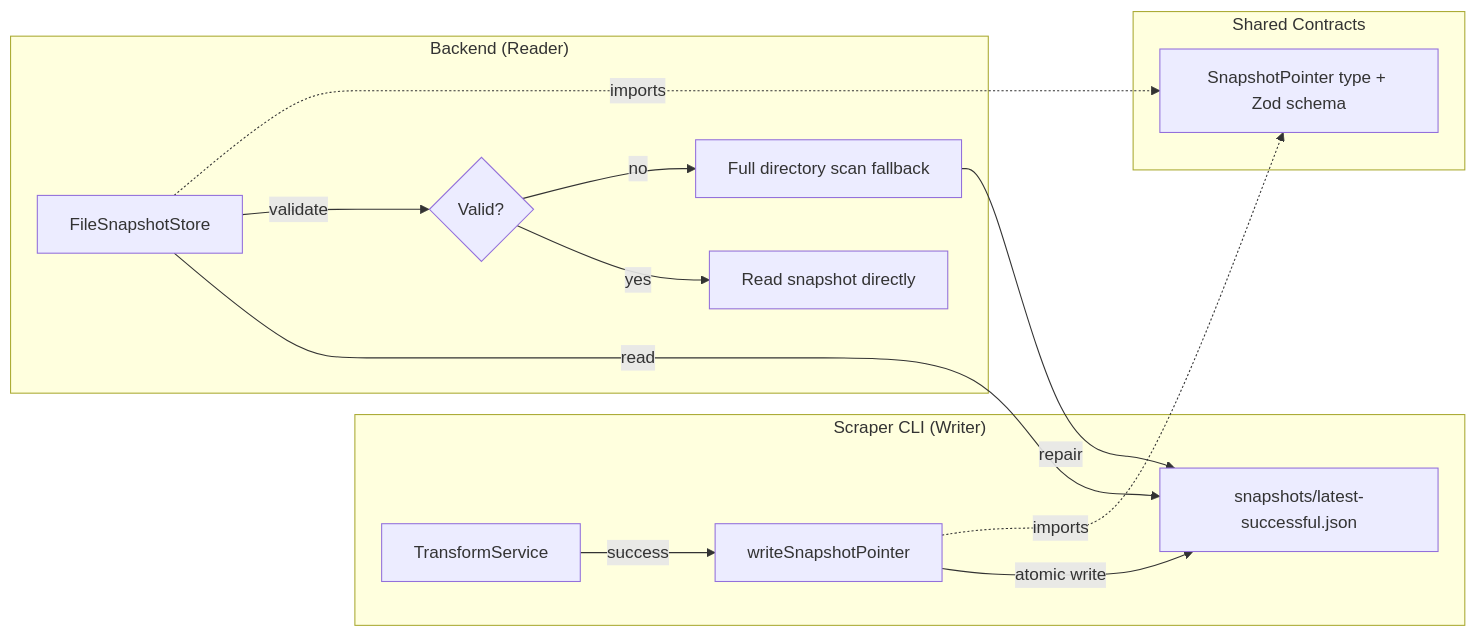
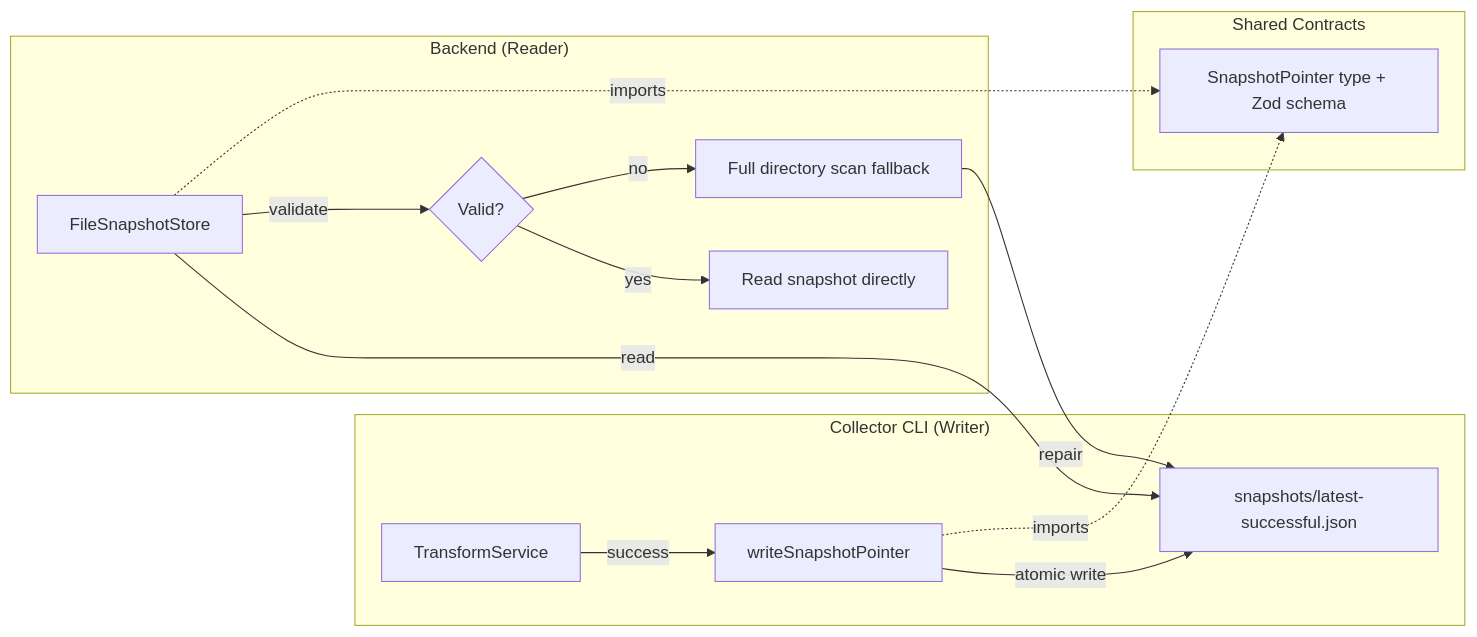
The diagram in .kiro/specs-archive/latest-snapshot-symlink/design.md (rservant/toast-stats), drawn with Mermaid before and after one commit. The commit also changed other lines of this file and 267 other files, not shown here.

First line of the commit message:
refactor: rename scraper-cli to collector-cli across the codebase (#99)

````diff
--- a/.kiro/specs-archive/latest-snapshot-symlink/design.md
+++ b/.kiro/specs-archive/latest-snapshot-symlink/design.md
@@ -13,22 +13,22 @@
 ```mermaid
 flowchart LR
-    subgraph "Scraper CLI (Writer)"
+    subgraph "Collector CLI (Writer)"
         T[TransformService] -->|"success"| W[writeSnapshotPointer]
         W -->|"atomic write"| P["snapshots/latest-successful.json"]
     end
 
     subgraph "Backend (Reader)"
         F[FileSnapshotStore] -->|"read"| P
         F -->|"validate"| V{Valid?}
         V -->|"yes"| D[Read snapshot directly]
         V -->|"no"| S[Full directory scan fallback]
         S -->|"repair"| P
     end
 
     subgraph "Shared Contracts"
         SC[SnapshotPointer type + Zod schema]
     end
 
     W -.->|"imports"| SC
     F -.->|"imports"| SC
 ```
````
